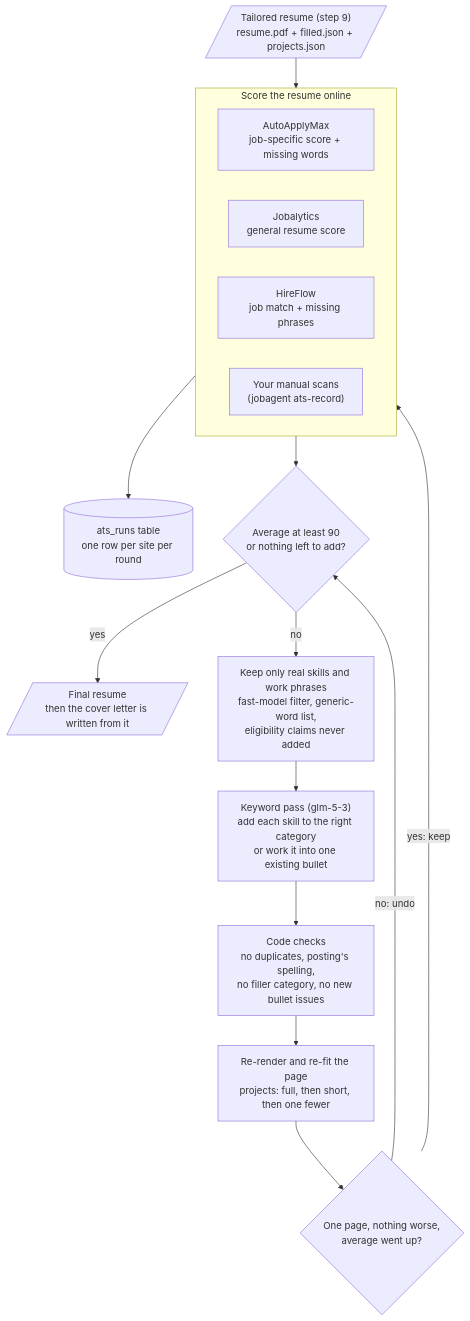
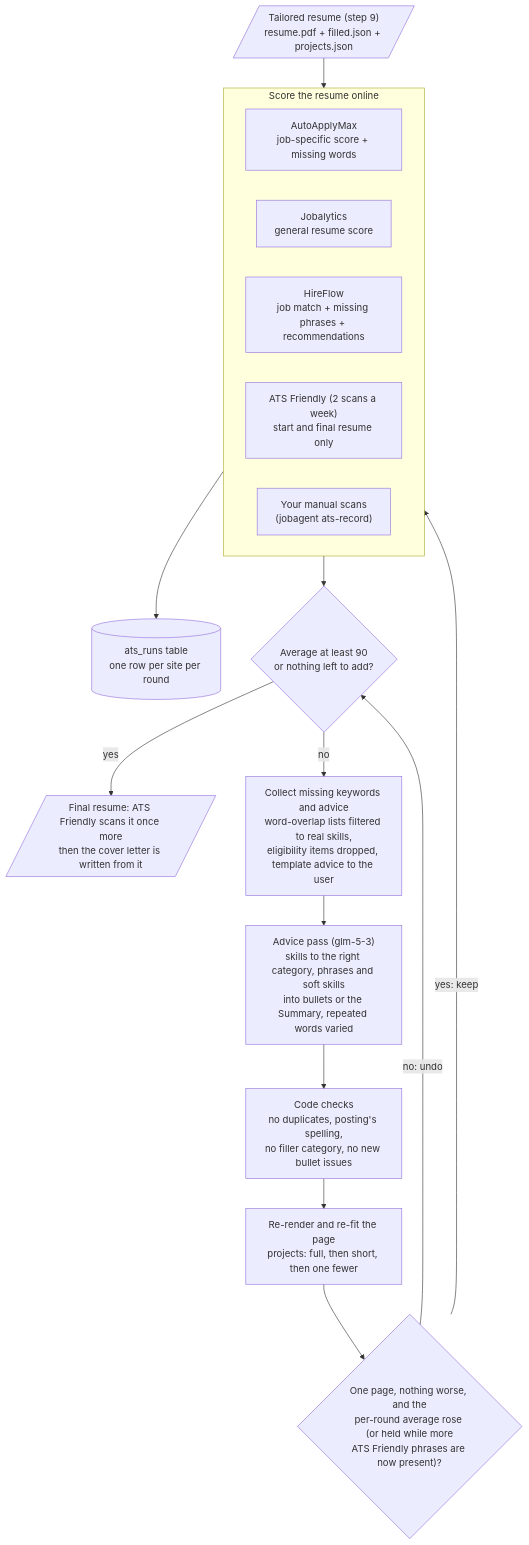
The diagram in docs/steps/10-ats.md (BhavyaShah1234/JobApplicationAgent), drawn with Mermaid before and after one commit. The commit also changed other lines of this file and 5 other files, not shown here.

First line of the commit message:
Step 10: ATS Friendly checker and an advice pass driven by the sites' suggestions

````diff
--- a/docs/steps/10-ats.md
+++ b/docs/steps/10-ats.md
@@ -34,21 +42,22 @@
 ```mermaid
 flowchart TD
     IN[/"Tailored resume (step 9)<br/>resume.pdf + filled.json + projects.json"/] --> SC
     subgraph SC["Score the resume online"]
         A["AutoApplyMax<br/>job-specific score + missing words"]
         J["Jobalytics<br/>general resume score"]
-        H["HireFlow<br/>job match + missing phrases"]
+        H["HireFlow<br/>job match + missing phrases + recommendations"]
+        T["ATS Friendly (2 scans a week)<br/>start and final resume only"]
         M["Your manual scans<br/>(jobagent ats-record)"]
     end
     SC --> REC[("ats_runs table<br/>one row per site per round")]
     SC --> AVG{"Average at least 90<br/>or nothing left to add?"}
     AVG -- "yes" --> OUT
-    AVG -- "no" --> F["Keep only real skills and work phrases<br/>fast-model filter, generic-word list,<br/>eligibility claims never added"]
-    F --> KP["Keyword pass (glm-5-3)<br/>add each skill to the right category<br/>or work it into one existing bullet"]
+    AVG -- "no" --> F["Collect missing keywords and advice<br/>word-overlap lists filtered to real skills,<br/>eligibility items dropped, template advice to the user"]
+    F --> KP["Advice pass (glm-5-3)<br/>skills to the right category, phrases and soft skills<br/>into bullets or the Summary, repeated words varied"]
     KP --> CHK["Code checks<br/>no duplicates, posting's spelling,<br/>no filler category, no new bullet issues"]
     CHK --> FIT["Re-render and re-fit the page<br/>projects: full, then short, then one fewer"]
-    FIT --> OK{"One page, nothing worse,<br/>average went up?"}
+    FIT --> OK{"One page, nothing worse, and the<br/>per-round average rose (or held while more<br/>ATS Friendly phrases are now present)?"}
     OK -- "yes: keep" --> SC
     OK -- "no: undo" --> AVG
-    OUT[/"Final resume<br/>then the cover letter is written from it"/]
+    OUT[/"Final resume: ATS Friendly scans it once more<br/>then the cover letter is written from it"/]
 ```
````
